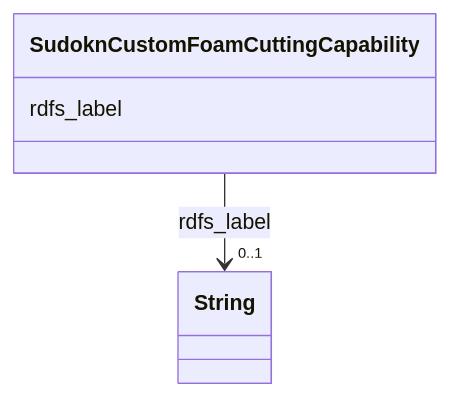
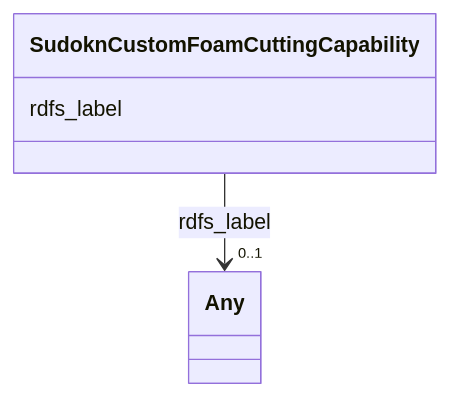
Before and after one commit to frink-okn/graph-descriptions: the diagram in sudokn-kg/classes/SudoknCustomFoamCuttingCapability.md, drawn with Mermaid. The commit also changed other lines of this file and 903 other files, not shown here.

````diff
--- a/sudokn-kg/classes/SudoknCustomFoamCuttingCapability.md
+++ b/sudokn-kg/classes/SudoknCustomFoamCuttingCapability.md
@@ -23,15 +18,15 @@
 ```mermaid
  classDiagram
     class SudoknCustomFoamCuttingCapability
     click SudoknCustomFoamCuttingCapability href "../SudoknCustomFoamCuttingCapability"
       SudoknCustomFoamCuttingCapability : rdfs_label
         
           
     
     
-    SudoknCustomFoamCuttingCapability --> "0..1" String : rdfs_label
-    click String href "../String"
+    SudoknCustomFoamCuttingCapability --> "0..1" Any : rdfs_label
+    click Any href "../Any"
 
         
       
 ```
````
